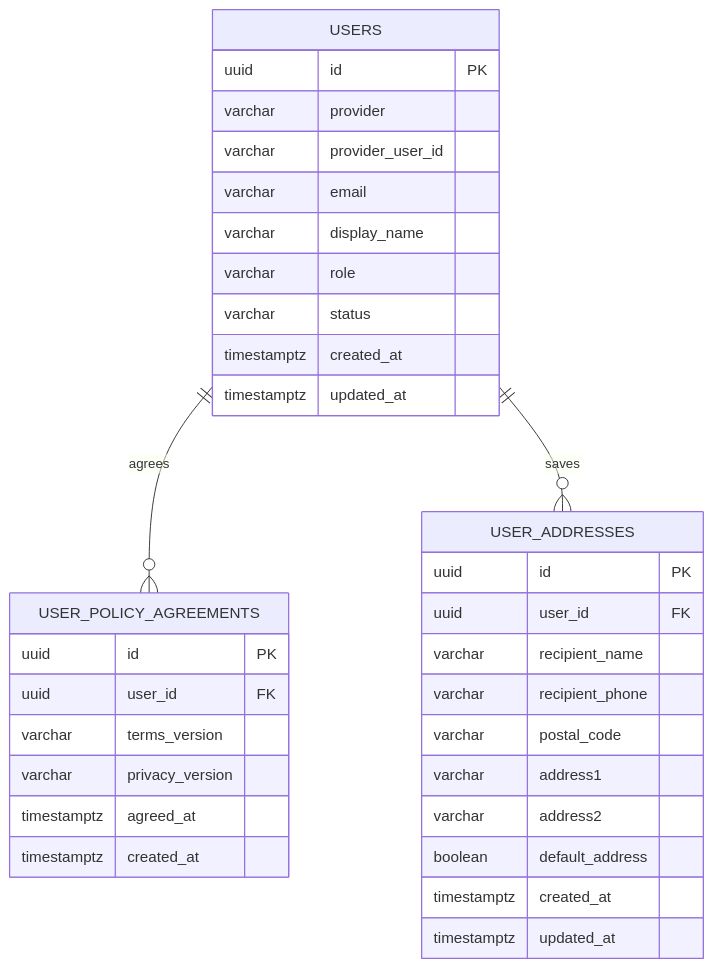
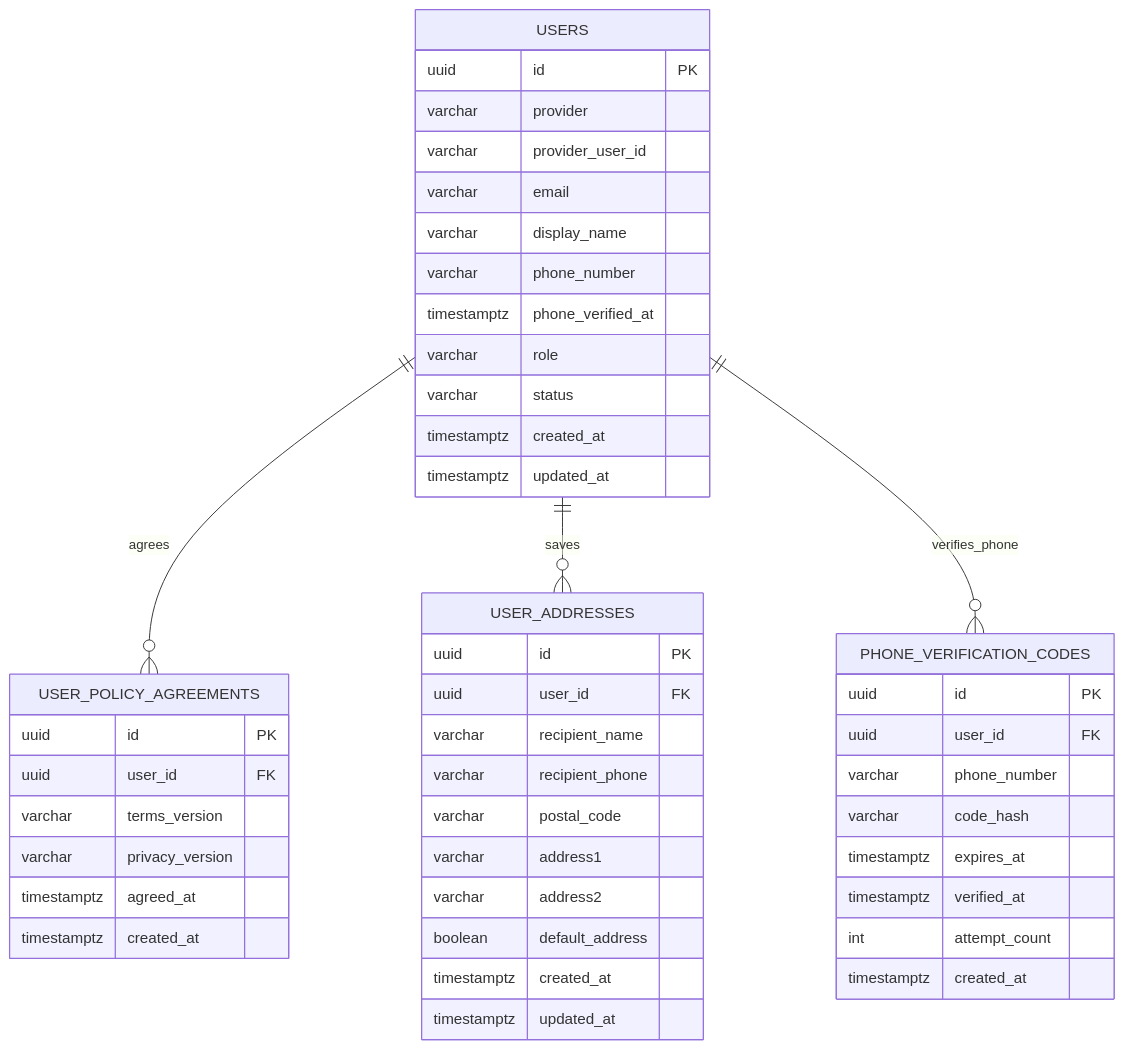
Before and after one commit to JAEKWANG97/dropship-shop: the first of 2 diagrams in docs/erd.md, drawn with Mermaid. The commit also changed other lines of this file and 33 other files, not shown here.

Commit message:
feat: add customer phone verification

````diff
--- a/docs/erd.md
+++ b/docs/erd.md
@@ -41,39 +42,53 @@
 ```mermaid
 erDiagram
     USERS {
         uuid id PK
         varchar provider
         varchar provider_user_id
         varchar email
         varchar display_name
+        varchar phone_number
+        timestamptz phone_verified_at
         varchar role
         varchar status
         timestamptz created_at
         timestamptz updated_at
     }
 
     USER_POLICY_AGREEMENTS {
         uuid id PK
         uuid user_id FK
         varchar terms_version
         varchar privacy_version
         timestamptz agreed_at
         timestamptz created_at
     }
 
     USER_ADDRESSES {
         uuid id PK
         uuid user_id FK
         varchar recipient_name
         varchar recipient_phone
         varchar postal_code
         varchar address1
         varchar address2
         boolean default_address
         timestamptz created_at
         timestamptz updated_at
     }
 
+    PHONE_VERIFICATION_CODES {
+        uuid id PK
+        uuid user_id FK
+        varchar phone_number
+        varchar code_hash
+        timestamptz expires_at
+        timestamptz verified_at
+        int attempt_count
+        timestamptz created_at
+    }
+
     USERS ||--o{ USER_POLICY_AGREEMENTS : agrees
     USERS ||--o{ USER_ADDRESSES : saves
+    USERS ||--o{ PHONE_VERIFICATION_CODES : verifies_phone
 ```
````
